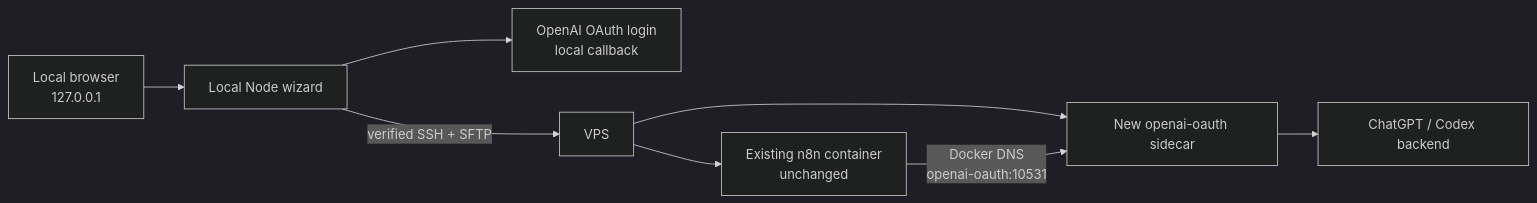
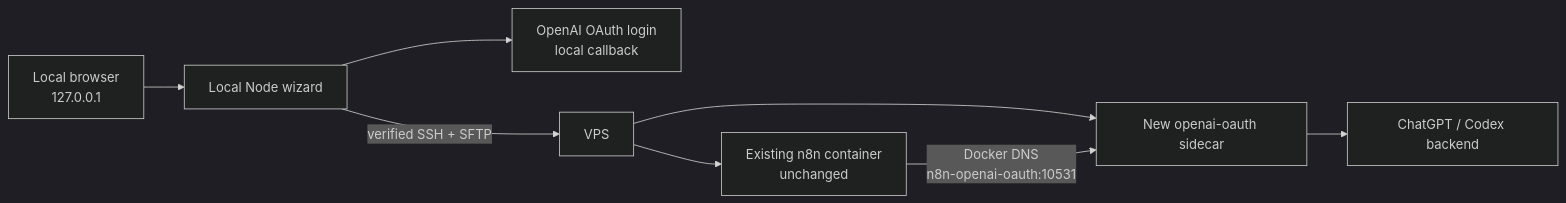
Before and after one commit to Demonbane18/relmio: the diagram in docs/architecture.md, drawn with Mermaid (dark theme). The commit also changed other lines of this file and 17 other files, not shown here.

````diff
--- a/docs/architecture.md
+++ b/docs/architecture.md
@@ -9,10 +9,10 @@
 ```mermaid
 flowchart LR
   B["Local browser<br>127.0.0.1"] --> W["Local Node wizard"]
   W --> O["OpenAI OAuth login<br>local callback"]
   W -->|verified SSH + SFTP| V["VPS"]
   V --> N["Existing n8n container<br>unchanged"]
   V --> S["New openai-oauth sidecar"]
-  N -->|Docker DNS<br>openai-oauth:10531| S
+  N -->|Docker DNS<br>n8n-openai-oauth:10531| S
   S --> C["ChatGPT / Codex backend"]
 ```
````
